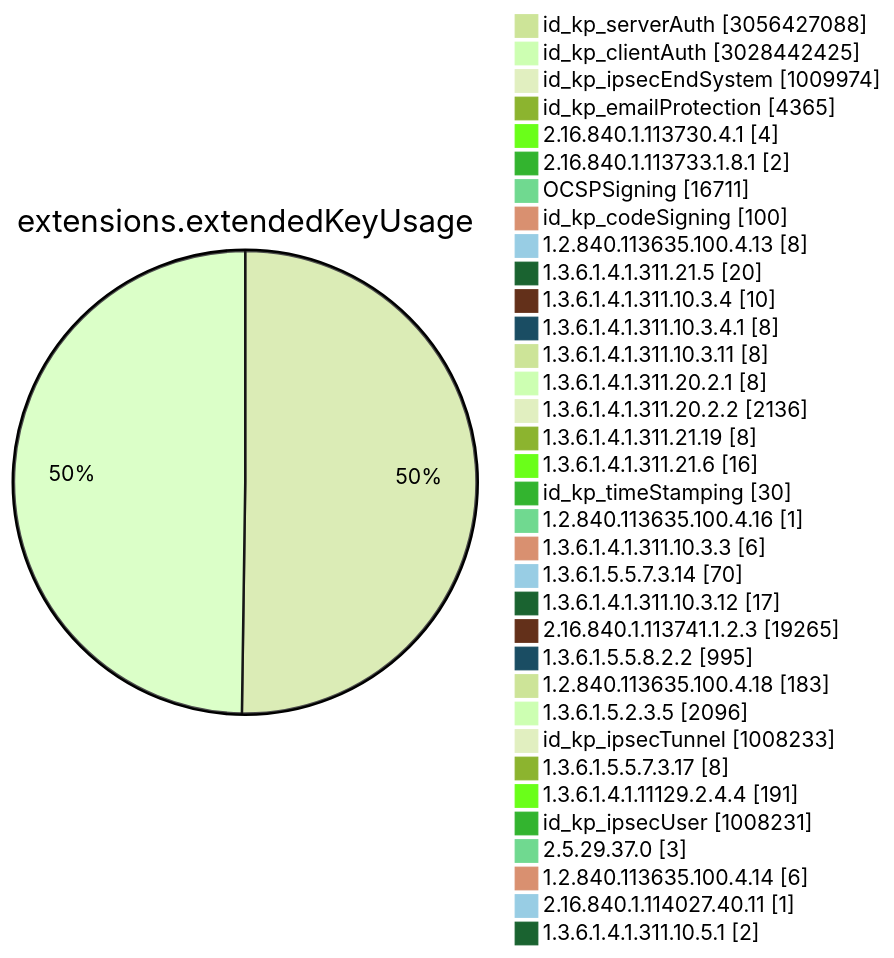
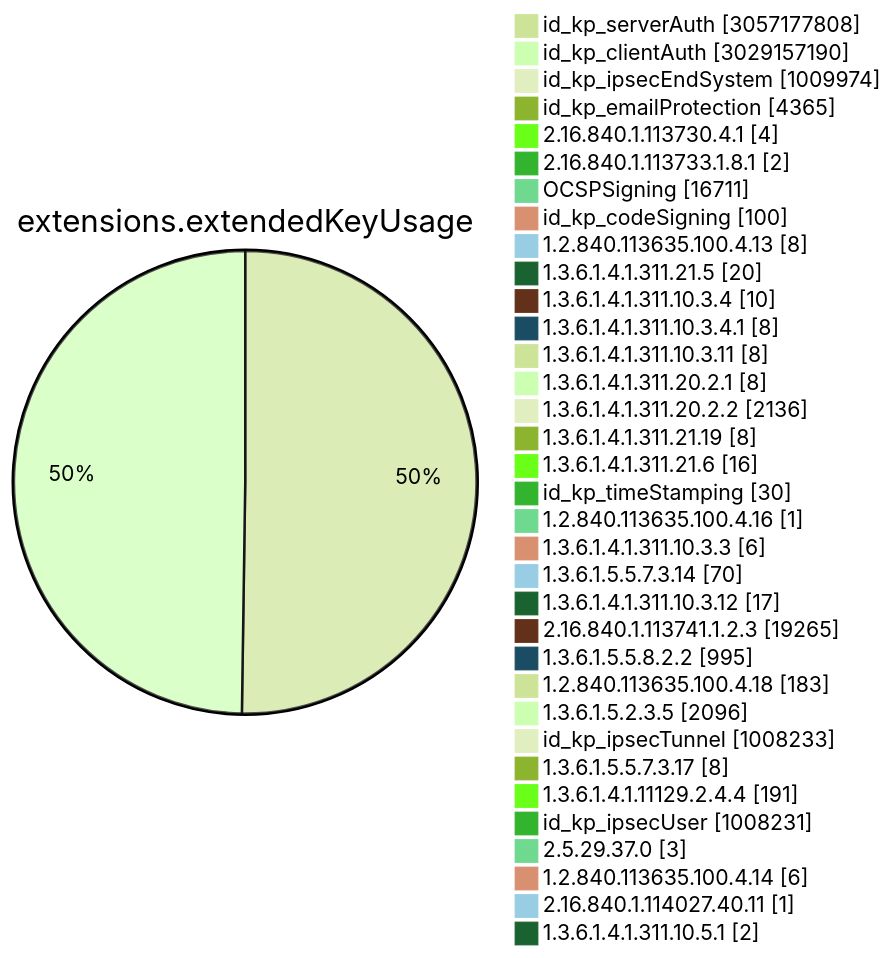
One commit to christiankrug/ctmonitor_visualization changed diagram 11 of 15 in TOTAL/README.md. Above: the diagram before and after it, drawn with Mermaid (forest theme). The commit also changed other lines of this file, not shown here.

````diff
--- a/TOTAL/README.md
+++ b/TOTAL/README.md
@@ -4117,38 +4117,38 @@
 ```mermaid
 pie showData
 title extensions.extendedKeyUsage
-"id_kp_serverAuth" :3056427088
-"id_kp_clientAuth" :3028442425
+"id_kp_serverAuth" :3057177808
+"id_kp_clientAuth" :3029157190
 "id_kp_ipsecEndSystem" :1009974
 "id_kp_emailProtection" :4365
 "2.16.840.1.113730.4.1" :4
 "2.16.840.1.113733.1.8.1" :2
 "OCSPSigning" :16711
 "id_kp_codeSigning" :100
 "1.2.840.113635.100.4.13" :8
 "1.3.6.1.4.1.311.21.5" :20
 "1.3.6.1.4.1.311.10.3.4" :10
 "1.3.6.1.4.1.311.10.3.4.1" :8
 "1.3.6.1.4.1.311.10.3.11" :8
 "1.3.6.1.4.1.311.20.2.1" :8
 "1.3.6.1.4.1.311.20.2.2" :2136
 "1.3.6.1.4.1.311.21.19" :8
 "1.3.6.1.4.1.311.21.6" :16
 "id_kp_timeStamping" :30
 "1.2.840.113635.100.4.16" :1
 "1.3.6.1.4.1.311.10.3.3" :6
 "1.3.6.1.5.5.7.3.14" :70
 "1.3.6.1.4.1.311.10.3.12" :17
 "2.16.840.1.113741.1.2.3" :19265
 "1.3.6.1.5.5.8.2.2" :995
 "1.2.840.113635.100.4.18" :183
 "1.3.6.1.5.2.3.5" :2096
 "id_kp_ipsecTunnel" :1008233
 "1.3.6.1.5.5.7.3.17" :8
 "1.3.6.1.4.1.11129.2.4.4" :191
 "id_kp_ipsecUser" :1008231
 "2.5.29.37.0" :3
 "1.2.840.113635.100.4.14" :6
 "2.16.840.1.114027.40.11" :1
 "1.3.6.1.4.1.311.10.5.1" :2
 ```
````
